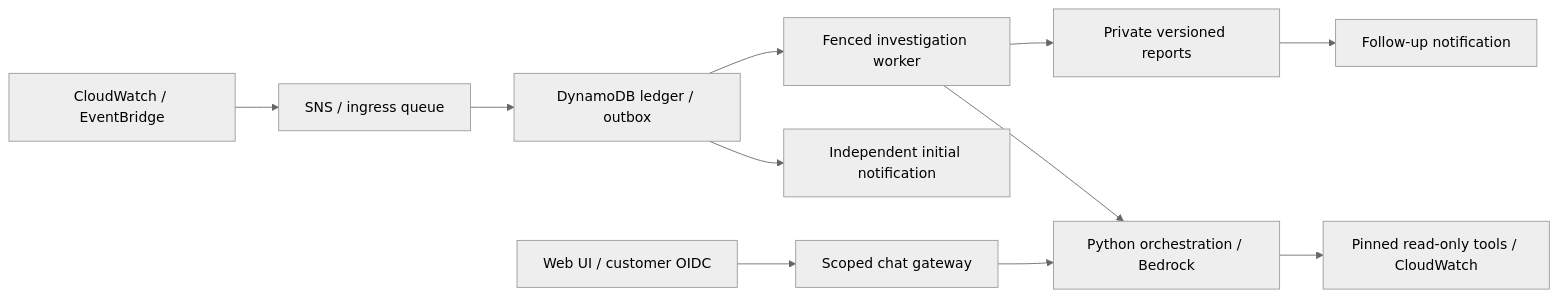
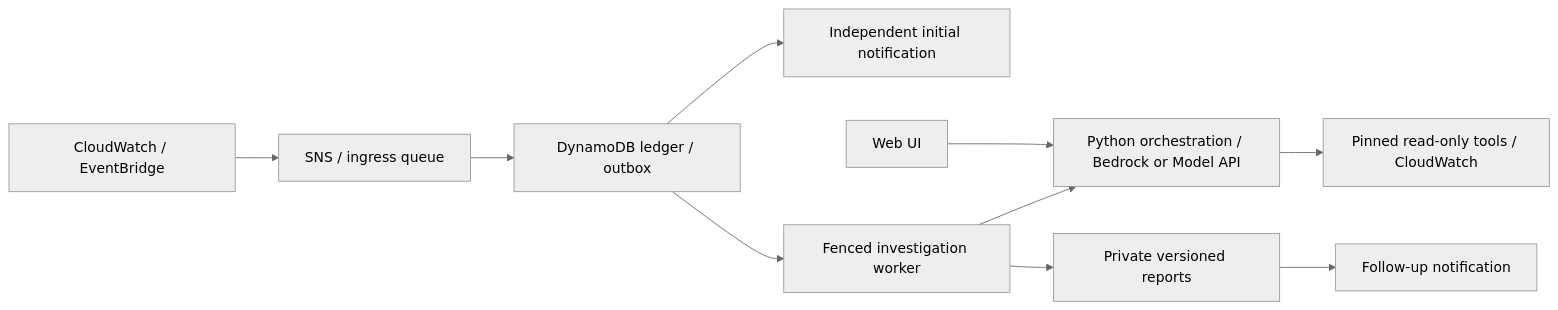
One commit to hamzashah14/Argus changed the diagram in README.md. Above: the diagram before and after it, drawn with Mermaid (neutral theme). The commit also changed other lines of this file and 63 other files, not shown here.

````diff
--- a/README.md
+++ b/README.md
@@ -19,13 +19,12 @@
 ```mermaid
 flowchart LR
     Events[CloudWatch / EventBridge] --> Ingress[SNS / ingress queue]
     Ingress --> Ledger[DynamoDB ledger / outbox]
     Ledger --> Alert[Independent initial notification]
     Ledger --> Worker[Fenced investigation worker]
-    UI[Web UI / customer OIDC] --> Chat[Scoped chat gateway]
-    Chat --> Runtime[Python orchestration / Bedrock]
+    UI[Web UI] --> Runtime[Python orchestration / Bedrock or Model API]
     Worker --> Runtime
     Runtime --> Tools[Pinned read-only tools / CloudWatch]
     Worker --> Evidence[Private versioned reports]
     Evidence --> Followup[Follow-up notification]
 ```
````
